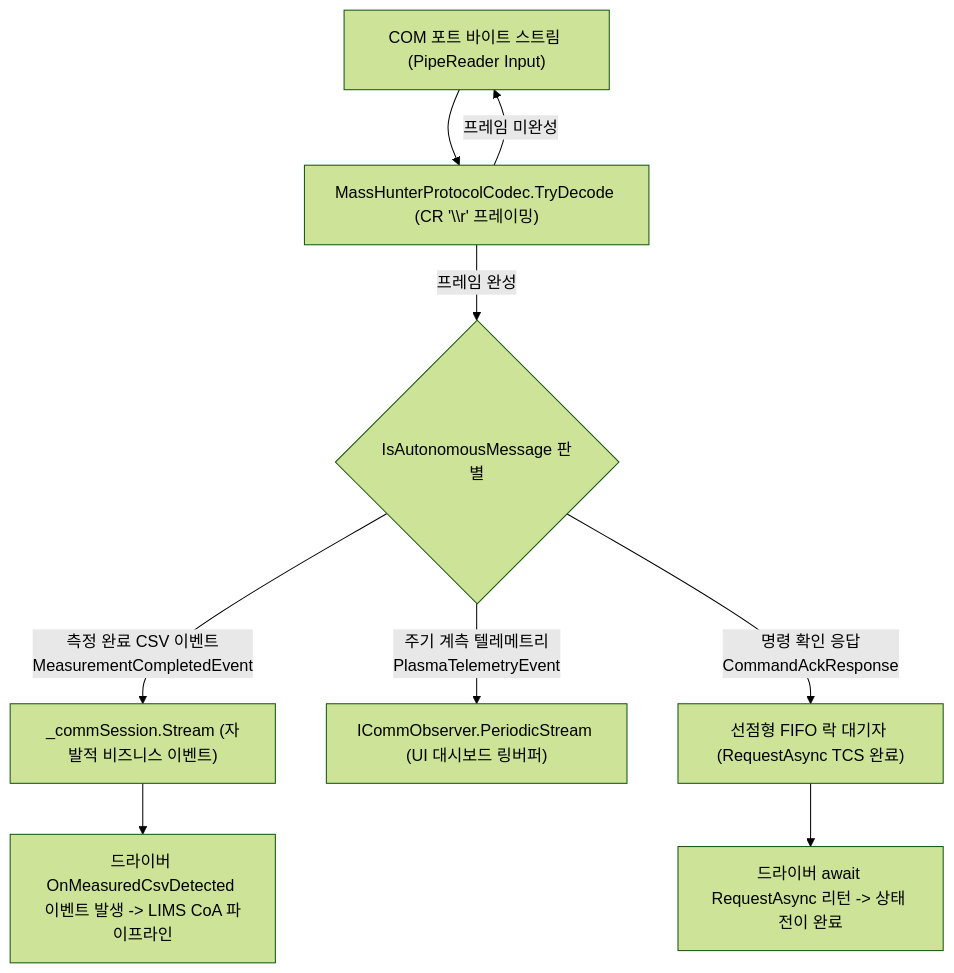
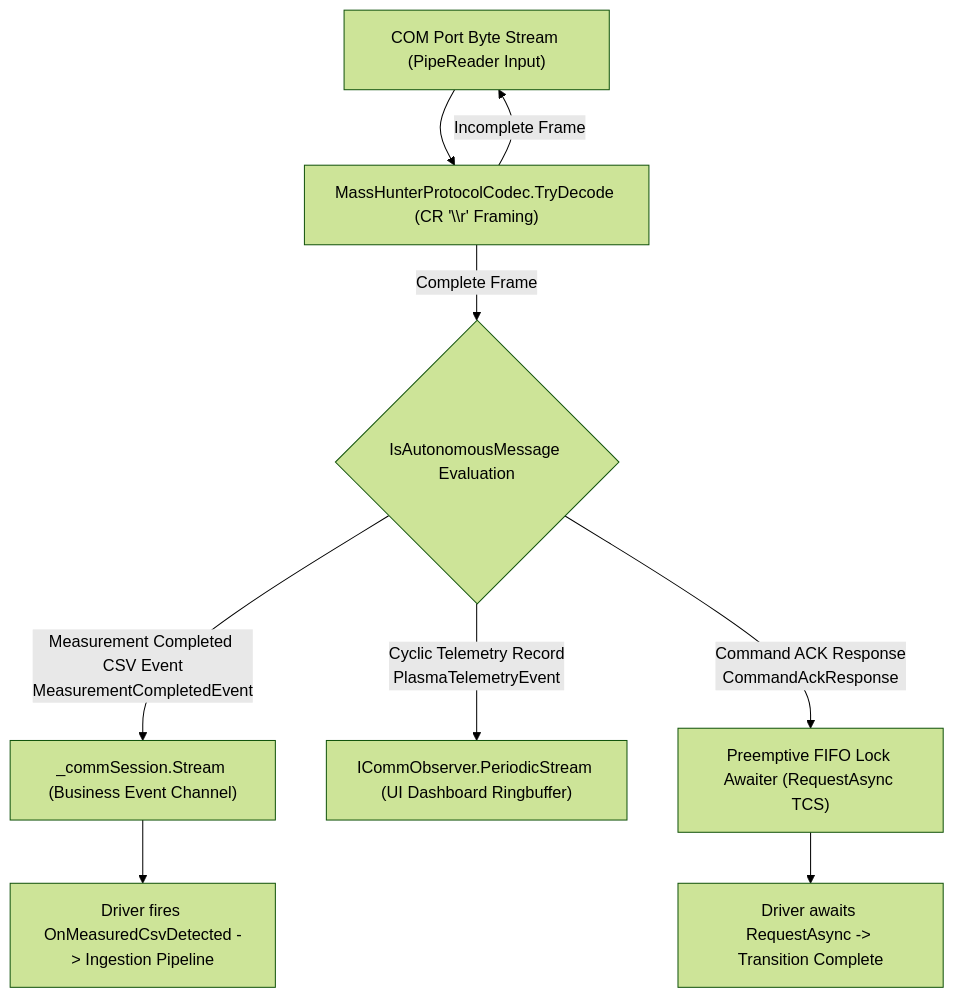
The second of 3 diagrams in docs/05_ICP_MS_CASE_STUDY/03_AGILENT_ARCHITECTURE_DESIGN.md (jaon13/Kable), drawn with Mermaid (forest theme) before and after one commit. The commit also changed other lines of this file and 21 other files, not shown here.

Commit message:
docs: standardize all project specifications, architecture documents, and QA master plans to professional English

````diff
--- a/docs/05_ICP_MS_CASE_STUDY/03_AGILENT_ARCHITECTURE_DESIGN.md
+++ b/docs/05_ICP_MS_CASE_STUDY/03_AGILENT_ARCHITECTURE_DESIGN.md
@@ -130,13 +128,13 @@
 ```mermaid
 flowchart TD
-    A["COM 포트 바이트 스트림 (PipeReader Input)"] --> B["MassHunterProtocolCodec.TryDecode (CR '\\r' 프레이밍)"]
-    B -->|프레임 미완성| A
-    B -->|프레임 완성| C{"IsAutonomousMessage 판별"}
+    A["COM Port Byte Stream (PipeReader Input)"] --> B["MassHunterProtocolCodec.TryDecode (CR '\\r' Framing)"]
+    B -->|Incomplete Frame| A
+    B -->|Complete Frame| C{"IsAutonomousMessage Evaluation"}
     
-    C -->|측정 완료 CSV 이벤트<br>MeasurementCompletedEvent| D["_commSession.Stream (자발적 비즈니스 이벤트)"]
-    C -->|주기 계측 텔레메트리<br>PlasmaTelemetryEvent| E["ICommObserver.PeriodicStream (UI 대시보드 링버퍼)"]
-    C -->|명령 확인 응답<br>CommandAckResponse| F["선점형 FIFO 락 대기자 (RequestAsync TCS 완료)"]
+    C -->|Measurement Completed CSV Event<br>MeasurementCompletedEvent| D["_commSession.Stream (Business Event Channel)"]
+    C -->|Cyclic Telemetry Record<br>PlasmaTelemetryEvent| E["ICommObserver.PeriodicStream (UI Dashboard Ringbuffer)"]
+    C -->|Command ACK Response<br>CommandAckResponse| F["Preemptive FIFO Lock Awaiter (RequestAsync TCS)"]
     
-    D --> G["드라이버 OnMeasuredCsvDetected 이벤트 발생 -> LIMS CoA 파이프라인"]
-    F --> H["드라이버 await RequestAsync 리턴 -> 상태 전이 완료"]
+    D --> G["Driver fires OnMeasuredCsvDetected -> Ingestion Pipeline"]
+    F --> H["Driver awaits RequestAsync -> Transition Complete"]
 ```
````
